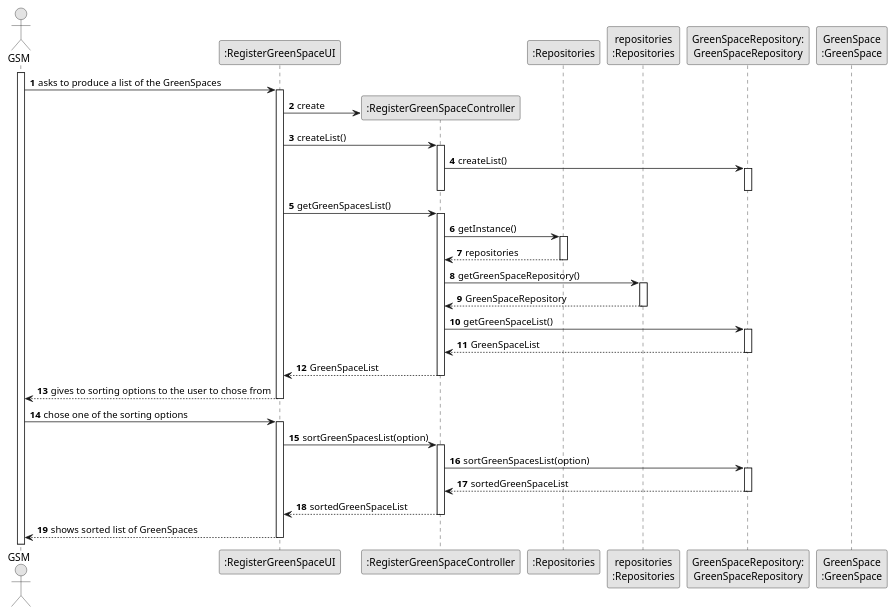
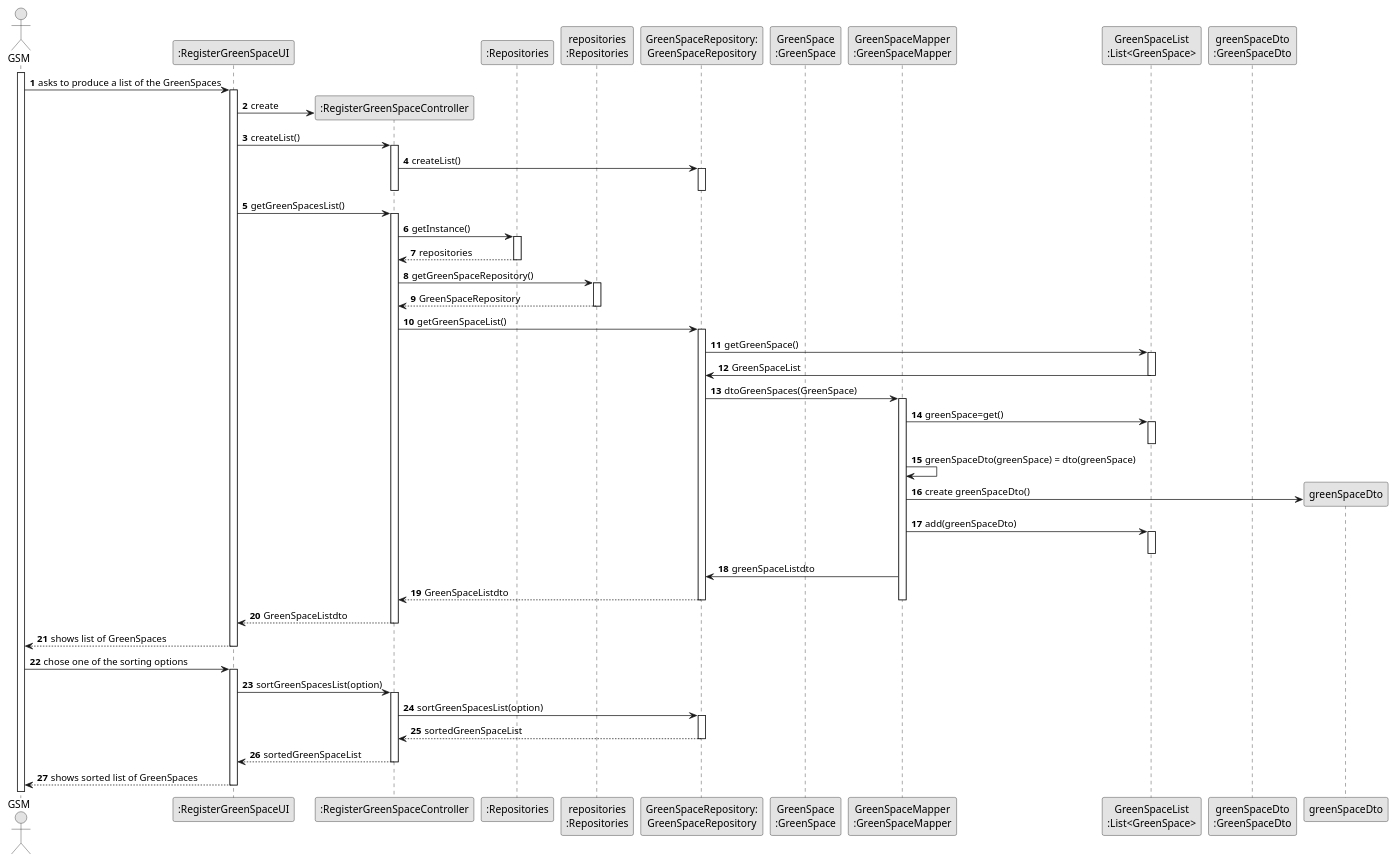
One commit to Departamento-de-Engenharia-Informatica/lei-24-s2-1dm-g132 changed the diagram in docs/sprintC/us027/03.design/puml/us027-sequence-diagram-full.puml. Above: the diagram before and after it, drawn with PlantUML. The commit also changed 2 other files, not shown here.

Commit message:
Classes with dto

```diff
--- a/docs/sprintC/us027/03.design/puml/us027-sequence-diagram-full.puml
+++ b/docs/sprintC/us027/03.design/puml/us027-sequence-diagram-full.puml
@@ -1,75 +1,105 @@
 @startuml
 skinparam monochrome true
 skinparam packageStyle rectangle
 skinparam shadowing false
 
 autonumber
 
 'hide footbox
 actor "GSM" as GSM
 participant ":RegisterGreenSpaceUI" as UI
 participant ":RegisterGreenSpaceController" as CTRL
 participant ":Repositories" as RepositorySingleton
 participant "repositories\n:Repositories" as PLAT
 participant "GreenSpaceRepository:\nGreenSpaceRepository" as GreenSpaceRepository
 participant "GreenSpace\n:GreenSpace" as GreenSpace
+participant "GreenSpaceMapper\n:GreenSpaceMapper" as GreenSpaceMapper
+participant "GreenSpaceList\n:List<GreenSpace>" as GreenSpaceList
+participant "greenSpaceDto\n:GreenSpaceDto" as GreenSpaceDto
+
 
 activate GSM
 
 
     GSM -> UI : asks to produce a list of the GreenSpaces
     activate UI
 
     UI -> CTRL** : create
 
     UI -> CTRL : createList()
     activate CTRL
     CTRL -> GreenSpaceRepository : createList()
     activate GreenSpaceRepository
     deactivate GreenSpaceRepository
     deactivate CTRL
 
     UI -> CTRL : getGreenSpacesList()
     activate CTRL
     CTRL -> RepositorySingleton : getInstance()
     activate RepositorySingleton
     RepositorySingleton --> CTRL : repositories
     deactivate RepositorySingleton
 
     CTRL -> PLAT : getGreenSpaceRepository()
     activate PLAT
     PLAT --> CTRL : GreenSpaceRepository
     deactivate PLAT
 
     CTRL -> GreenSpaceRepository : getGreenSpaceList()
     activate GreenSpaceRepository
-    GreenSpaceRepository --> CTRL : GreenSpaceList
+        GreenSpaceRepository -> GreenSpaceList : getGreenSpace()
+
+        activate GreenSpaceList
+
+        GreenSpaceList -> GreenSpaceRepository : GreenSpaceList
+
+        deactivate GreenSpaceList
+
+        GreenSpaceRepository -> GreenSpaceMapper : dtoGreenSpaces(GreenSpace)
+
+        activate GreenSpaceMapper
+
+        GreenSpaceMapper -> GreenSpaceList : greenSpace=get()
+
+        activate GreenSpaceList
+
+        deactivate GreenSpaceList
+
+        GreenSpaceMapper -> GreenSpaceMapper : greenSpaceDto(greenSpace) = dto(greenSpace)
+
+        GreenSpaceMapper -> greenSpaceDto** :create greenSpaceDto()
+
+       GreenSpaceMapper-> GreenSpaceList : add(greenSpaceDto)
+
+       activate GreenSpaceList
+
+       deactivate GreenSpaceList
+
+       GreenSpaceMapper -> GreenSpaceRepository : greenSpaceListdto
+
+
+    GreenSpaceRepository --> CTRL : GreenSpaceListdto
+
     deactivate GreenSpaceRepository
-    CTRL --> UI : GreenSpaceList
+    deactivate GreenSpaceMapper
+    CTRL --> UI : GreenSpaceListdto
     deactivate CTRL
 
 
-    UI --> GSM : gives to sorting options to the user to chose from
+    UI --> GSM : shows list of GreenSpaces
     deactivate UI
     GSM -> UI : chose one of the sorting options
     activate UI
     UI -> CTRL : sortGreenSpacesList(option)
         activate CTRL
         CTRL -> GreenSpaceRepository : sortGreenSpacesList(option)
         activate GreenSpaceRepository
         GreenSpaceRepository --> CTRL : sortedGreenSpaceList
         deactivate GreenSpaceRepository
         CTRL --> UI : sortedGreenSpaceList
         deactivate CTRL
 
         UI --> GSM : shows sorted list of GreenSpaces
         deactivate UI
 
-
-
-
-
-
-
-
 @enduml
```
